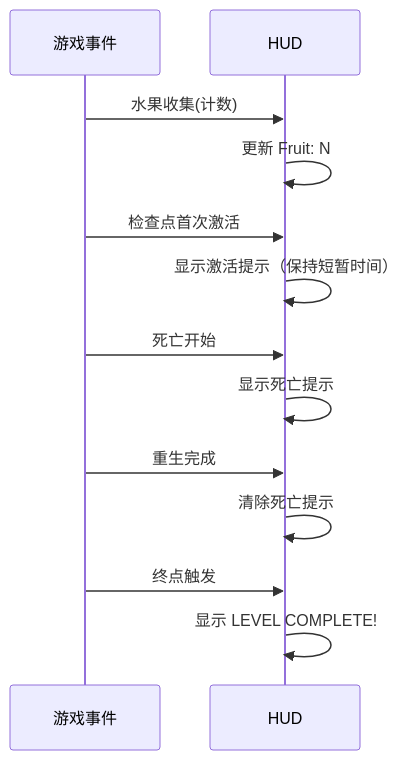
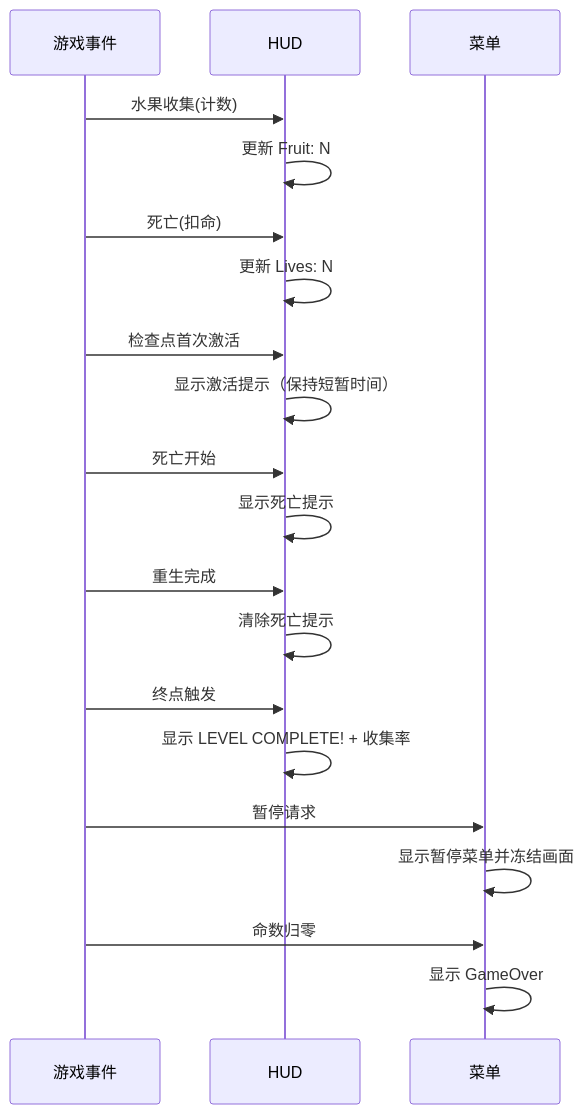
The diagram in Example/docs/gdd/ui-hud.md (jesspig/Godot-Autopilot), drawn with Mermaid before and after one commit. The commit also changed other lines of this file and 9 other files, not shown here.

````diff
--- a/Example/docs/gdd/ui-hud.md
+++ b/Example/docs/gdd/ui-hud.md
@@ -28,15 +72,22 @@
 ```mermaid
 sequenceDiagram
     participant G as 游戏事件
     participant H as HUD
+    participant M as 菜单
     G->>H: 水果收集(计数)
     H->>H: 更新 Fruit: N
+    G->>H: 死亡(扣命)
+    H->>H: 更新 Lives: N
     G->>H: 检查点首次激活
     H->>H: 显示激活提示（保持短暂时间）
     G->>H: 死亡开始
     H->>H: 显示死亡提示
     G->>H: 重生完成
     H->>H: 清除死亡提示
     G->>H: 终点触发
-    H->>H: 显示 LEVEL COMPLETE!
+    H->>H: 显示 LEVEL COMPLETE! + 收集率
+    G->>M: 暂停请求
+    M->>M: 显示暂停菜单并冻结画面
+    G->>M: 命数归零
+    M->>M: 显示 GameOver
 ```
````
